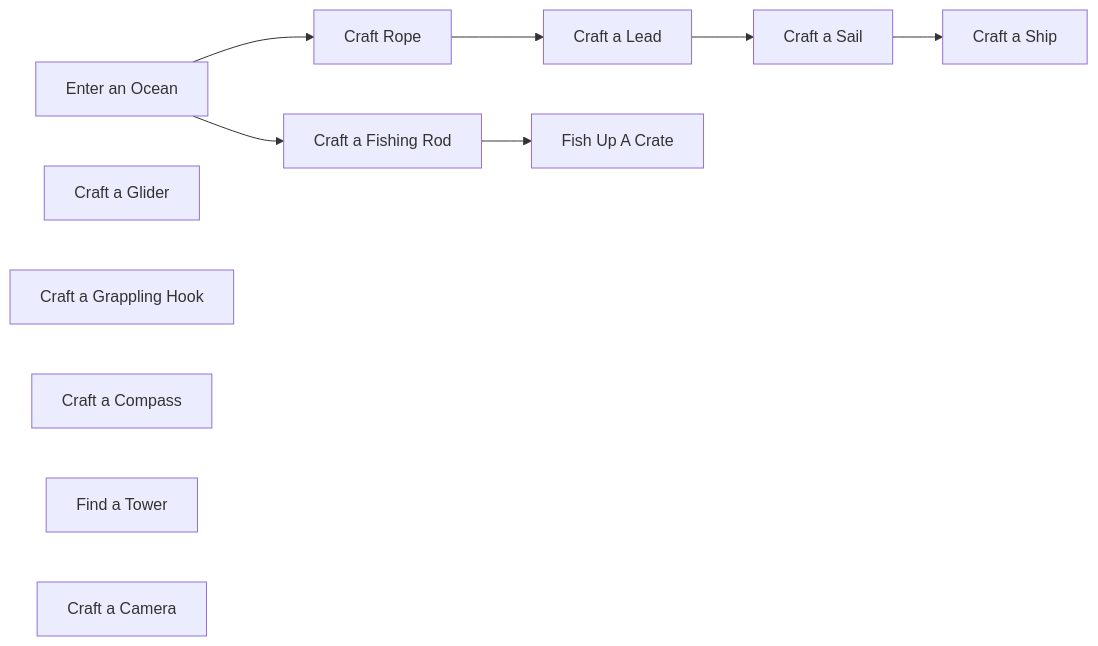
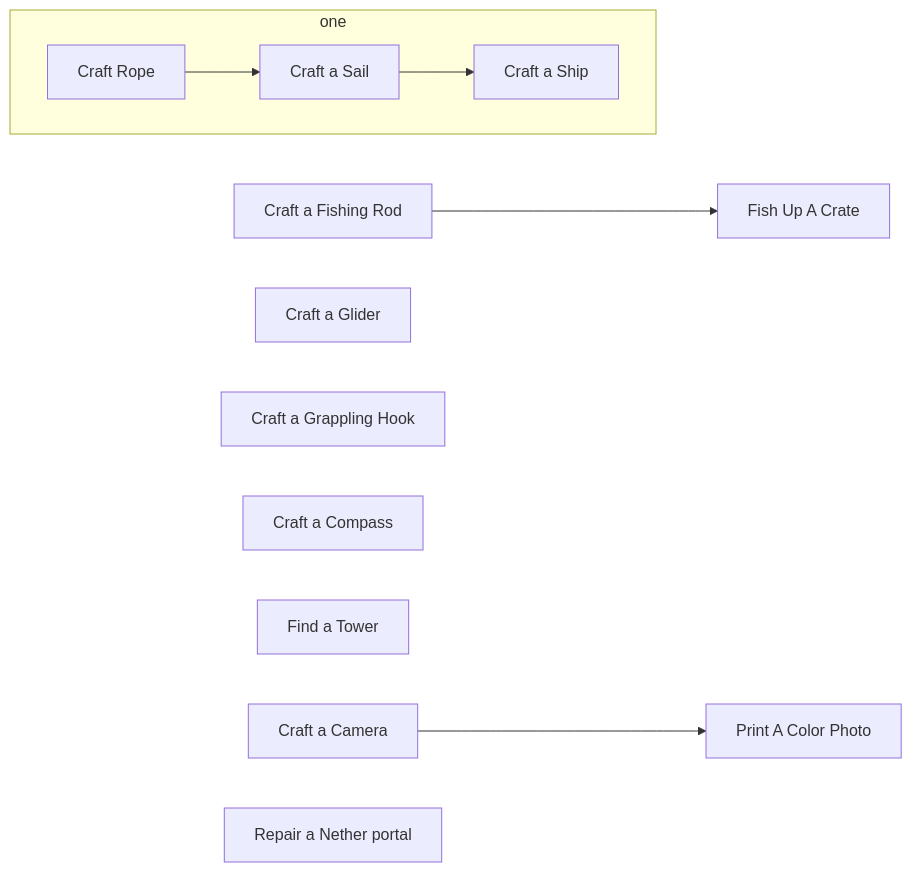
The diagram in design_docs/quests.md (murphy-slaw/spectral-seas), drawn with Mermaid before and after one commit. The commit also changed 4 other files, not shown here.

````diff
--- a/design_docs/quests.md
+++ b/design_docs/quests.md
@@ -1,16 +1,18 @@
 ``` mermaid
 flowchart LR
-    a[Enter an Ocean]-->
-    b[Craft Rope]-->
-    c[Craft a Lead]-->
-    d[Craft a Sail]-->
-    e[Craft a Ship]
-    a-->f[Craft a Fishing Rod]-->
-    g[Fish Up A Crate]
+    subgraph one
+        direction LR
+        b[Craft Rope]-->
+        d[Craft a Sail]-->
+        e[Craft a Ship]
+    end
+        f[Craft a Fishing Rod]-->
+        g[Fish Up A Crate]
     h[Craft a Glider]
     i[Craft a Grappling Hook]
     j[Craft a Compass]
     k[Find a Tower]
-    l[Craft a Camera]
-
+    l[Craft a Camera]-->
+    m[Print A Color Photo]
+    n[Repair a Nether portal]
 ```
````
